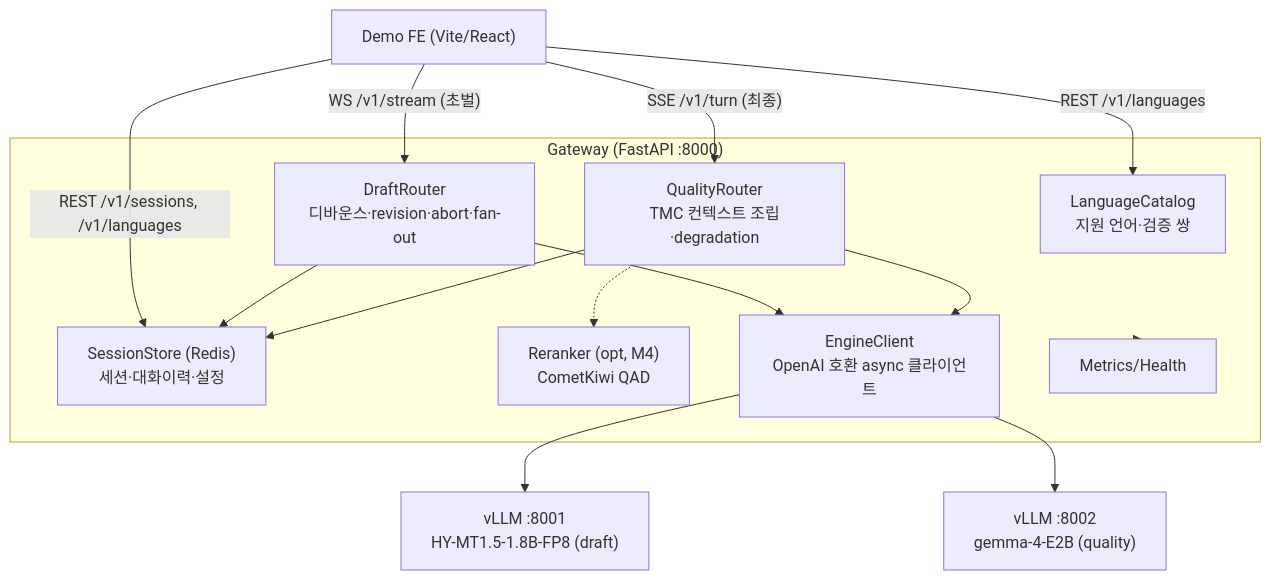
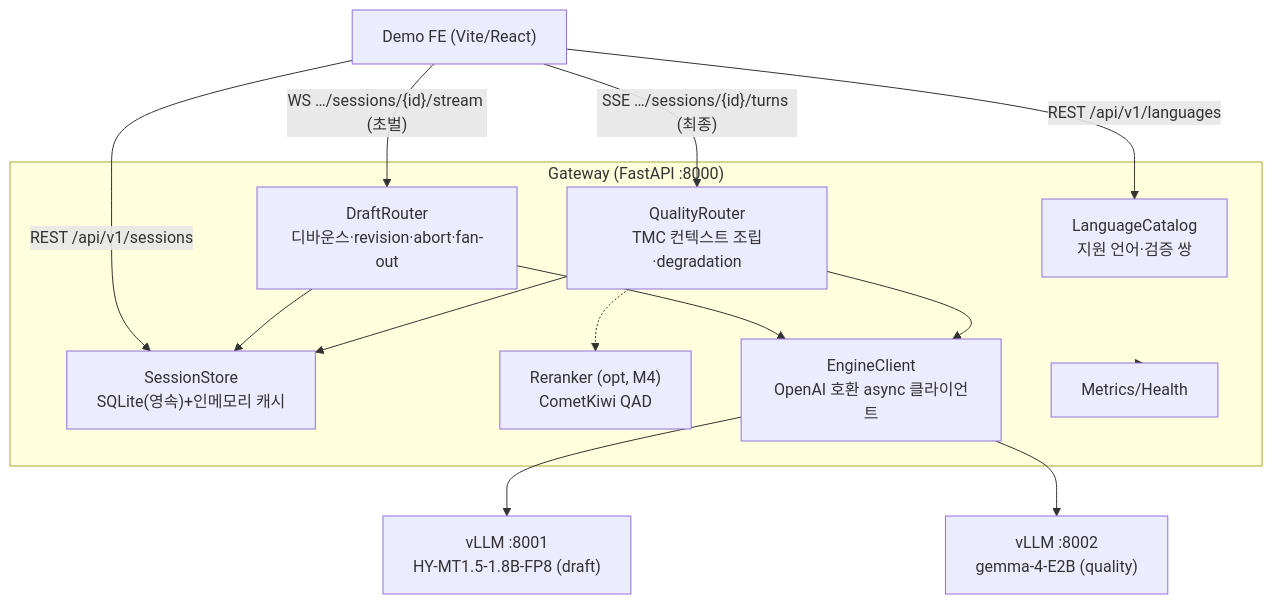
The first of 4 diagrams in docs/design.md (MR-INHA-LLM/live-translate), drawn with Mermaid before and after one commit. The commit also changed other lines of this file and 6 other files, not shown here.

First line of the commit message:
docs: BE 설계를 표준·실측에 맞춰 정합 (API 표준·SQLite·Redis 제거)

````diff
--- a/docs/design.md
+++ b/docs/design.md
@@ -24,25 +24,25 @@
 ```mermaid
 flowchart TB
   FE["Demo FE (Vite/React)"]
   subgraph GW["Gateway (FastAPI :8000)"]
     LANG["LanguageCatalog<br/>지원 언어·검증 쌍"]
-    SESS["SessionStore (Redis)<br/>세션·대화이력·설정"]
+    SESS["SessionStore<br/>SQLite(영속)+인메모리 캐시"]
     DRAFT["DraftRouter<br/>디바운스·revision·abort·fan-out"]
     QUAL["QualityRouter<br/>TMC 컨텍스트 조립·degradation"]
     RER["Reranker (opt, M4)<br/>CometKiwi QAD"]
     ENG["EngineClient<br/>OpenAI 호환 async 클라이언트"]
     MET["Metrics/Health"]
   end
   DVLLM["vLLM :8001<br/>HY-MT1.5-1.8B-FP8 (draft)"]
   QVLLM["vLLM :8002<br/>gemma-4-E2B (quality)"]
 
-  FE -- "WS /v1/stream (초벌)" --> DRAFT
-  FE -- "SSE /v1/turn (최종)" --> QUAL
-  FE -- "REST /v1/sessions, /v1/languages" --> SESS
-  FE -- "REST /v1/languages" --> LANG
+  FE -- "WS …/sessions/{id}/stream (초벌)" --> DRAFT
+  FE -- "SSE …/sessions/{id}/turns (최종)" --> QUAL
+  FE -- "REST /api/v1/sessions" --> SESS
+  FE -- "REST /api/v1/languages" --> LANG
   DRAFT --> ENG --> DVLLM
   QUAL --> ENG --> QVLLM
   QUAL -.-> RER
   DRAFT & QUAL --> SESS
   GW --> MET
 ```
````
